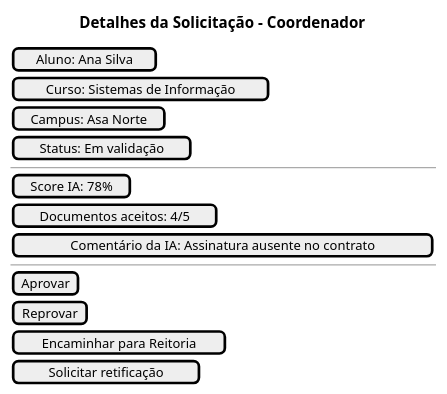
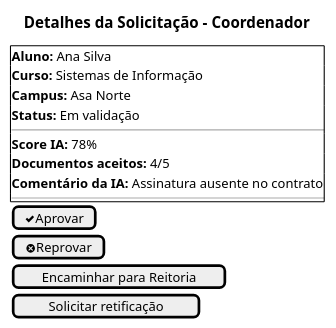
The fifth of 5 diagrams in mkdocs/Iniciacao/prototipo_baixa_fidelidade.md (Projetos-de-Extensao/PBE_26.1_8001_I), drawn with PlantUML before and after one commit. The commit also changed other lines of this file, not shown here.

````diff
--- a/mkdocs/Iniciacao/prototipo_baixa_fidelidade.md
+++ b/mkdocs/Iniciacao/prototipo_baixa_fidelidade.md
@@ -128,21 +148,23 @@
 ```plantuml
 @startsalt
 title Detalhes da Solicitação - Coordenador
 
 {
-  [Aluno: Ana Silva]
-  [Curso: Sistemas de Informação]
-  [Campus: Asa Norte]
-  [Status: Em validação]
+  {+
+  **Aluno:** Ana Silva
+  **Curso:** Sistemas de Informação
+  **Campus:** Asa Norte
+  **Status:** Em validação
   --
-  [Score IA: 78%]
-  [Documentos aceitos: 4/5]
-  [Comentário da IA: Assinatura ausente no contrato]
+  **Score IA:** 78%
+  **Documentos aceitos:** 4/5
+  **Comentário da IA:** Assinatura ausente no contrato
   --
-  [Aprovar]
-  [Reprovar]
+  }
+  [<&check>Aprovar]
+  [<&circle-x>Reprovar]
   [Encaminhar para Reitoria]
   [Solicitar retificação]
 }
 @endsalt
 ```
````
